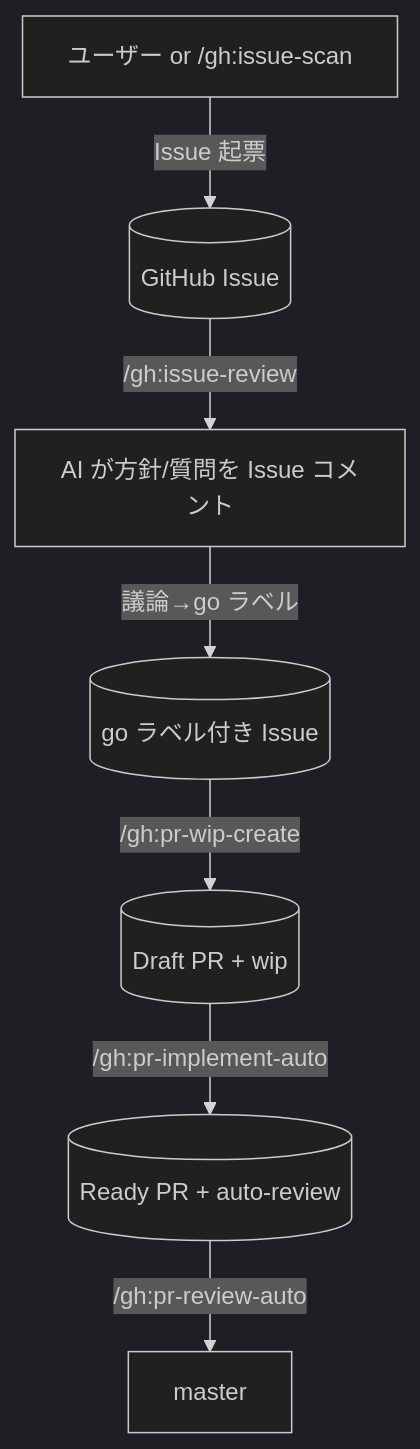
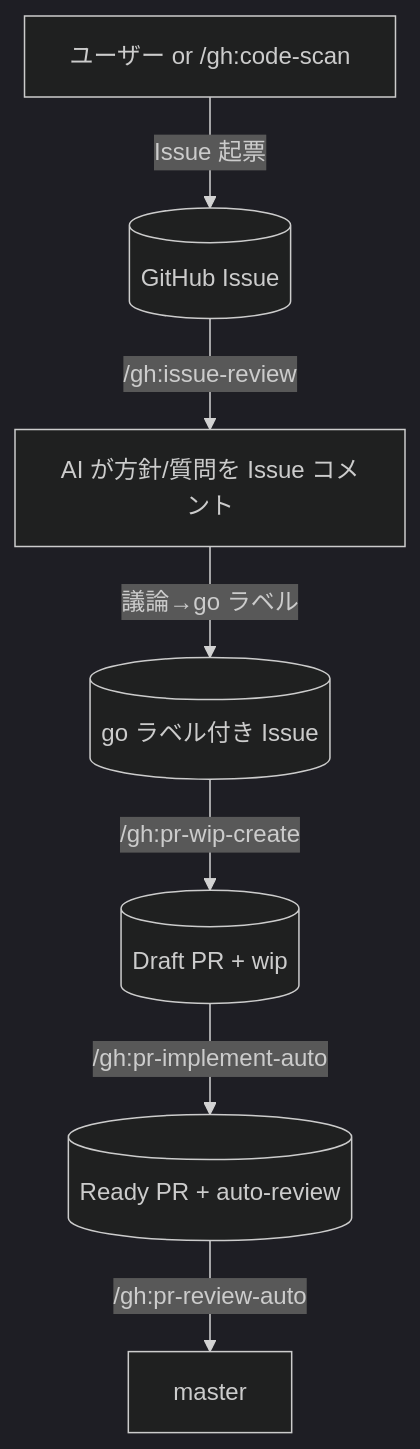
Before and after one commit to shuhei1101/my-plugins: the diagram in .work/notes/プラグイン/ghプラグイン.md, drawn with Mermaid (dark theme). The commit also changed other lines of this file and 11 other files, not shown here.

First line of the commit message:
refactor(gh): code-scan / code-scanner にリネーム + templates/ に共通リソース分離（v0.5）

````diff
--- a/.work/notes/プラグイン/ghプラグイン.md
+++ b/.work/notes/プラグイン/ghプラグイン.md
@@ -9,9 +9,9 @@
 ```mermaid
 flowchart TD
-  U[ユーザー or /gh:issue-scan] -->|Issue 起票| Issue[(GitHub Issue)]
+  U[ユーザー or /gh:code-scan] -->|Issue 起票| Issue[(GitHub Issue)]
   Issue -->|/gh:issue-review| Review[AI が方針/質問を Issue コメント]
   Review -->|議論→go ラベル| Go[(go ラベル付き Issue)]
   Go -->|/gh:pr-wip-create| WIP[(Draft PR + wip)]
   WIP -->|/gh:pr-implement-auto| Ready[(Ready PR + auto-review)]
   Ready -->|/gh:pr-review-auto| Master[master]
 ```
````
